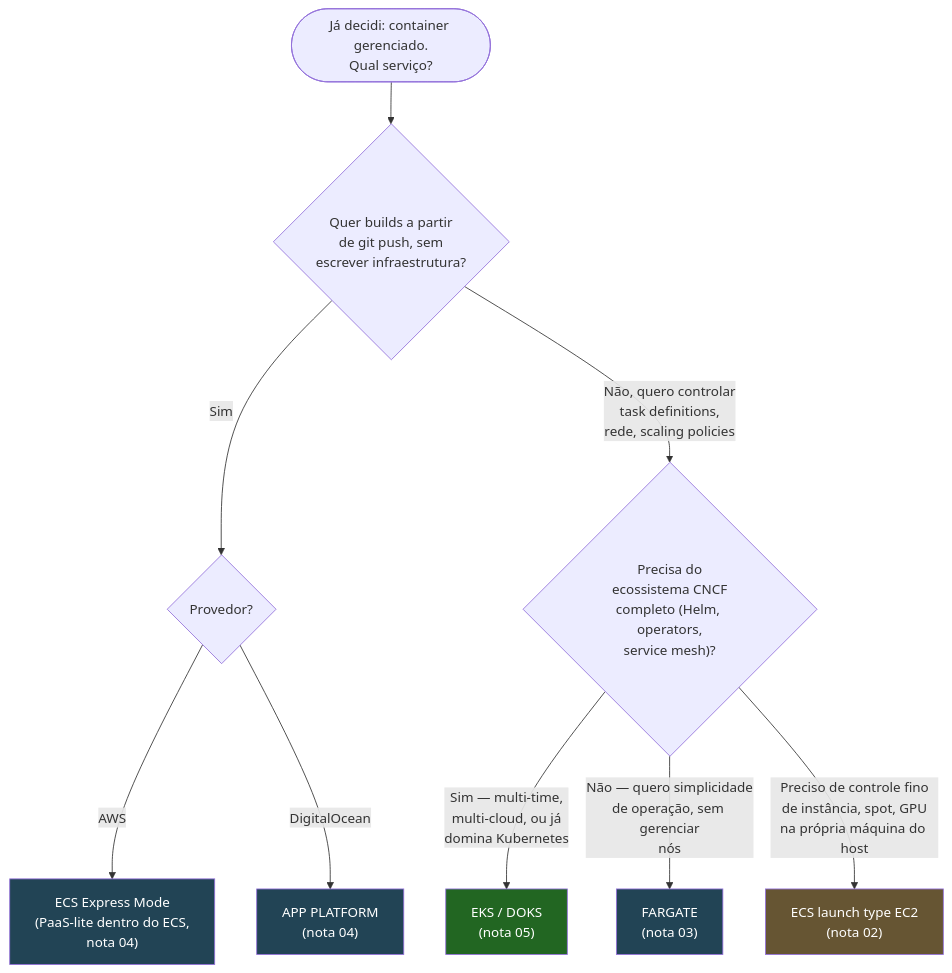
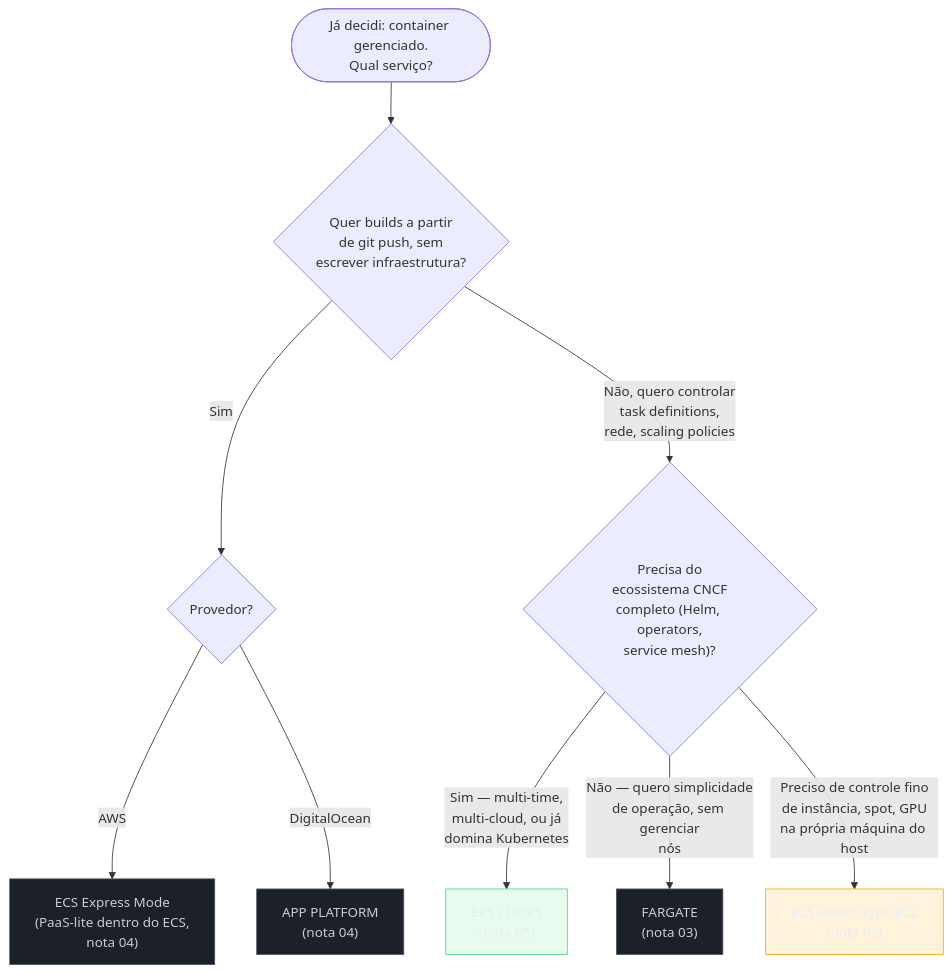
Before and after one commit to josenaldo/codex-technomanticus: the second of 3 diagrams in 03-Dominios/Tecnologia/Cloud/12 - Containers gerenciados/06 - Container vs VM vs serverless (capstone).md, drawn with Mermaid. The commit also changed other lines of this file and 1181 other files, not shown here.

First line of the commit message:
fix(diagramas): paleta do sistema no lugar de cor cravada no markdown

````diff
--- a/03-Dominios/Tecnologia/Cloud/12 - Containers gerenciados/06 - Container vs VM vs serverless (capstone).md
+++ b/03-Dominios/Tecnologia/Cloud/12 - Containers gerenciados/06 - Container vs VM vs serverless (capstone).md
@@ -82,23 +85,26 @@
 ```mermaid
 flowchart TD
+    classDef neutro fill:#1B2029,stroke:#4E5666,color:#C6CCD8
+    classDef ok fill:#4ADE8021,stroke:#4ADE80,color:#E9ECF2
+    classDef destaque fill:#FFAA0024,stroke:#FFAA00,color:#E9ECF2
     Start(["Já decidi: container gerenciado.<br/>Qual serviço?"])
 
     Q1{"Quer builds a partir<br/>de git push, sem<br/>escrever infraestrutura?"}
     Start --> Q1
 
     Q1 -->|"Sim"| Q2{"Provedor?"}
     Q1 -->|"Não, quero controlar<br/>task definitions,<br/>rede, scaling policies"| Q3{"Precisa do<br/>ecossistema CNCF<br/>completo (Helm, operators,<br/>service mesh)?"}
 
     Q2 -->|"AWS"| AppRunner["ECS Express Mode<br/>(PaaS-lite dentro do ECS,<br/>nota 04)"]
     Q2 -->|"DigitalOcean"| AppPlat["APP PLATFORM<br/>(nota 04)"]
 
     Q3 -->|"Sim — multi-time,<br/>multi-cloud, ou já<br/>domina Kubernetes"| K8s["EKS / DOKS<br/>(nota 05)"]
     Q3 -->|"Não — quero simplicidade<br/>de operação, sem gerenciar<br/>nós"| Fargate["FARGATE<br/>(nota 03)"]
     Q3 -->|"Preciso de controle fino<br/>de instância, spot, GPU<br/>na própria máquina do host"| ECS["ECS launch type EC2<br/>(nota 02)"]
 
-    style AppRunner fill:#245,color:#fff
-    style AppPlat fill:#245,color:#fff
-    style K8s fill:#262,color:#fff
-    style Fargate fill:#245,color:#fff
-    style ECS fill:#653,color:#fff
+    class AppRunner neutro
+    class AppPlat neutro
+    class K8s ok
+    class Fargate neutro
+    class ECS destaque
 ```
````
